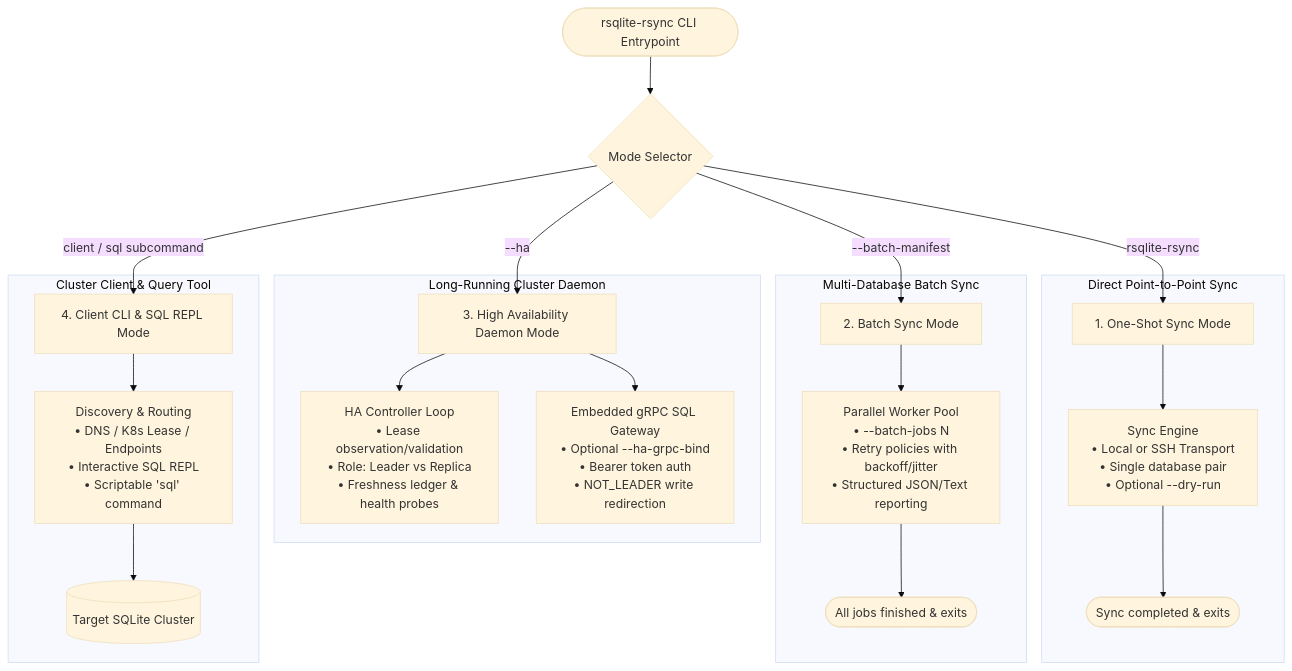
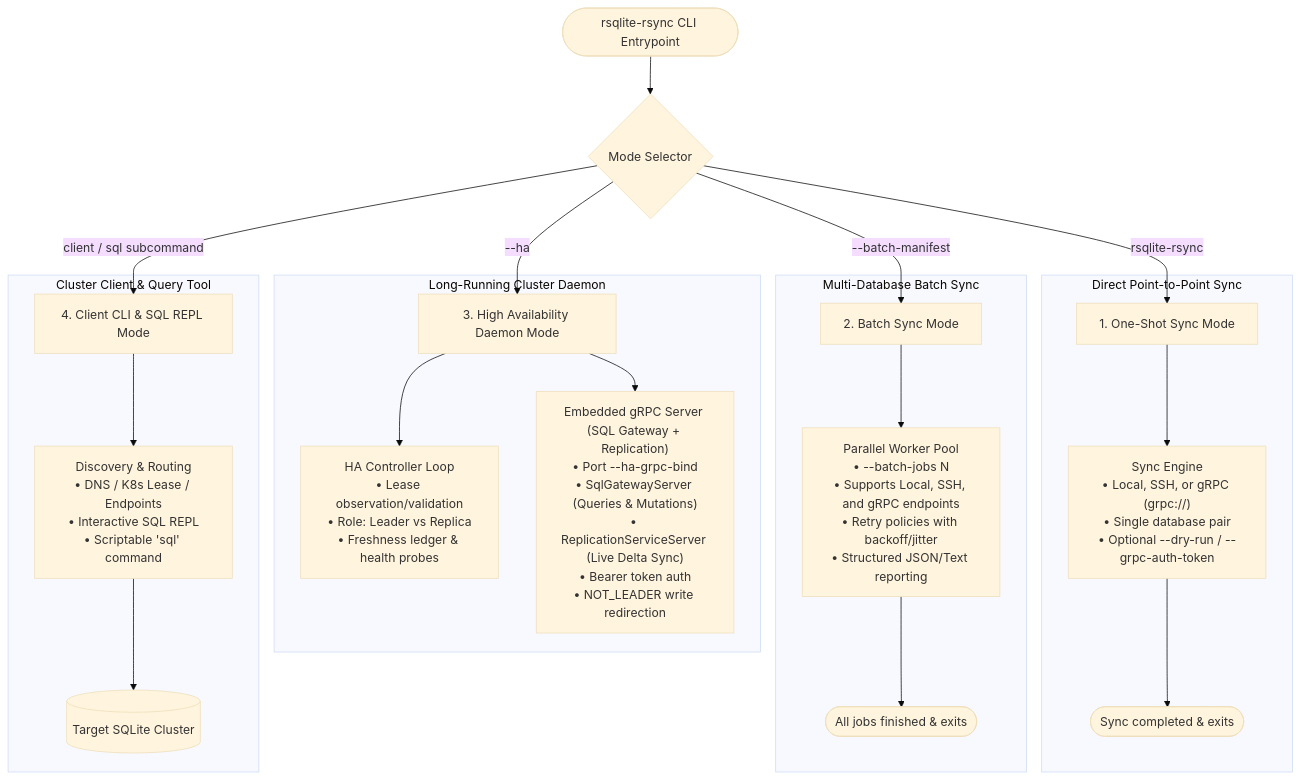
Before and after one commit to sria91/rsqlite-rsync: the seventh of 12 diagrams in docs/architecture-diagrams.md, drawn with Mermaid (base theme). The commit also changed other lines of this file and 23 other files, not shown here.

First line of the commit message:
feat: native gRPC streaming replication, auth, and updated documentation (#17)

````diff
--- a/docs/architecture-diagrams.md
+++ b/docs/architecture-diagrams.md
@@ -258,32 +271,32 @@
 ```mermaid
 flowchart TD
     CLI(["rsqlite-rsync CLI Entrypoint"]) --> Switch{"Mode Selector"}
 
     %% Mode 1: One-Shot Sync
     Switch -->|"rsqlite-rsync <origin> <replica>"| M1["1. One-Shot Sync Mode"]
     subgraph Mode1["Direct Point-to-Point Sync"]
-        M1 --> M1_Core["Sync Engine<br/>• Local or SSH Transport<br/>• Single database pair<br/>• Optional --dry-run"]
+        M1 --> M1_Core["Sync Engine<br/>• Local, SSH, or gRPC (grpc://)<br/>• Single database pair<br/>• Optional --dry-run / --grpc-auth-token"]
         M1_Core --> M1_Exit(["Sync completed & exits"])
     end
 
     %% Mode 2: Batch Sync
     Switch -->|"--batch-manifest <file>"| M2["2. Batch Sync Mode"]
     subgraph Mode2["Multi-Database Batch Sync"]
-        M2 --> M2_Pool["Parallel Worker Pool<br/>• --batch-jobs N<br/>• Retry policies with backoff/jitter<br/>• Structured JSON/Text reporting"]
+        M2 --> M2_Pool["Parallel Worker Pool<br/>• --batch-jobs N<br/>• Supports Local, SSH, and gRPC endpoints<br/>• Retry policies with backoff/jitter<br/>• Structured JSON/Text reporting"]
         M2_Pool --> M2_Exit(["All jobs finished & exits"])
     end
 
     %% Mode 3: HA Mode
     Switch -->|"--ha"| M3["3. High Availability Daemon Mode"]
     subgraph Mode3["Long-Running Cluster Daemon"]
         M3 --> M3_HA["HA Controller Loop<br/>• Lease observation/validation<br/>• Role: Leader vs Replica<br/>• Freshness ledger & health probes"]
-        M3 --> M3_GW["Embedded gRPC SQL Gateway<br/>• Optional --ha-grpc-bind<br/>• Bearer token auth<br/>• NOT_LEADER write redirection"]
+        M3 --> M3_GW["Embedded gRPC Server (SQL Gateway + Replication)<br/>• Port --ha-grpc-bind<br/>• SqlGatewayServer (Queries & Mutations)<br/>• ReplicationServiceServer (Live Delta Sync)<br/>• Bearer token auth<br/>• NOT_LEADER write redirection"]
     end
 
     %% Mode 4: Client & SQL REPL
     Switch -->|"client / sql subcommand"| M4["4. Client CLI & SQL REPL Mode"]
     subgraph Mode4["Cluster Client & Query Tool"]
         M4 --> M4_Disc["Discovery & Routing<br/>• DNS / K8s Lease / Endpoints<br/>• Interactive SQL REPL<br/>• Scriptable 'sql' command"]
         M4_Disc --> M4_Target[("Target SQLite Cluster")]
     end
 ```
````
